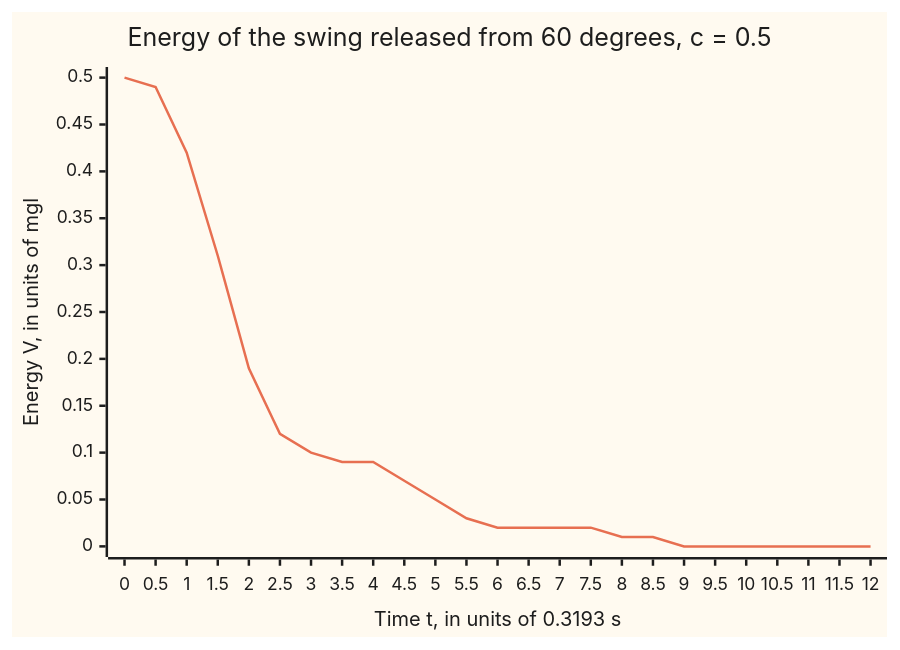
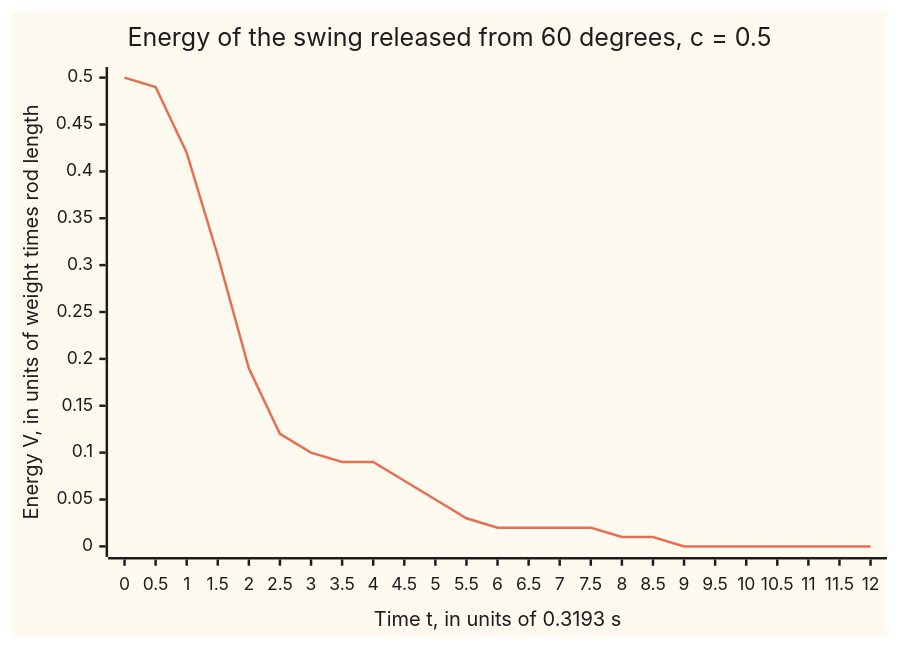
The diagram in Cards/08-Differential equations and dynamics/06-Nonlinear Dynamics in the Plane/05-lasalle-and-the-damped-pendulum.md (wappy-x/Mathematics), drawn with Mermaid before and after one commit. The commit also changed other lines of this file and 53 other files, not shown here.

````diff
--- a/Cards/08-Differential equations and dynamics/06-Nonlinear Dynamics in the Plane/05-lasalle-and-the-damped-pendulum.md
+++ b/Cards/08-Differential equations and dynamics/06-Nonlinear Dynamics in the Plane/05-lasalle-and-the-damped-pendulum.md
@@ -27,8 +27,8 @@
 ```mermaid
 %%{init: {"theme": "base", "themeVariables": {"xyChart": {"backgroundColor": "#fffaf0", "titleColor": "#1d1d1d", "xAxisLabelColor": "#1d1d1d", "xAxisTitleColor": "#1d1d1d", "xAxisTickColor": "#1d1d1d", "xAxisLineColor": "#1d1d1d", "yAxisLabelColor": "#1d1d1d", "yAxisTitleColor": "#1d1d1d", "yAxisTickColor": "#1d1d1d", "yAxisLineColor": "#1d1d1d", "plotColorPalette": "#e76f51, #2a9d8f, #264653"}}}}%%
 xychart-beta
     title "Energy of the swing released from 60 degrees, c = 0.5"
     x-axis "Time t, in units of 0.3193 s" [0, 0.5, 1, 1.5, 2, 2.5, 3, 3.5, 4, 4.5, 5, 5.5, 6, 6.5, 7, 7.5, 8, 8.5, 9, 9.5, 10, 10.5, 11, 11.5, 12]
-    y-axis "Energy V, in units of mgl" 0 --> 0.5
+    y-axis "Energy V, in units of weight times rod length" 0 --> 0.5
     line [0.50, 0.49, 0.42, 0.31, 0.19, 0.12, 0.10, 0.09, 0.09, 0.07, 0.05, 0.03, 0.02, 0.02, 0.02, 0.02, 0.01, 0.01, 0.00, 0.00, 0.00, 0.00, 0.00, 0.00, 0.00]
 ```
````
